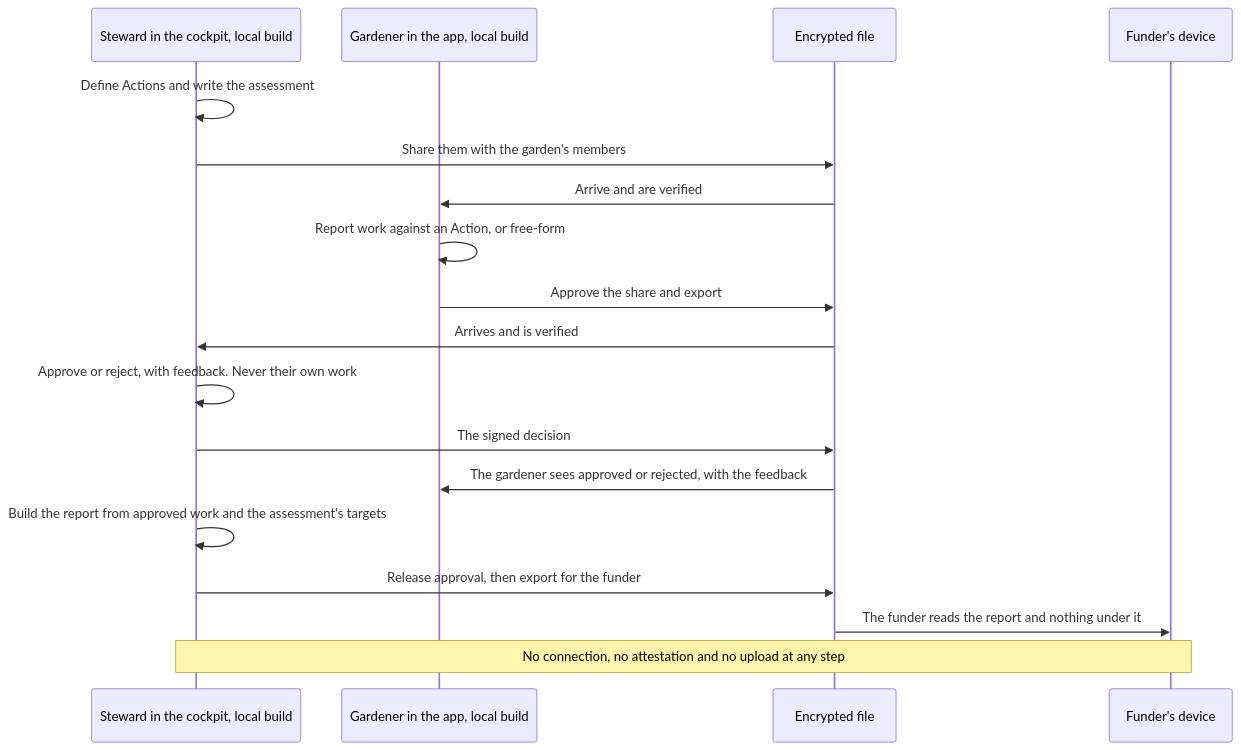
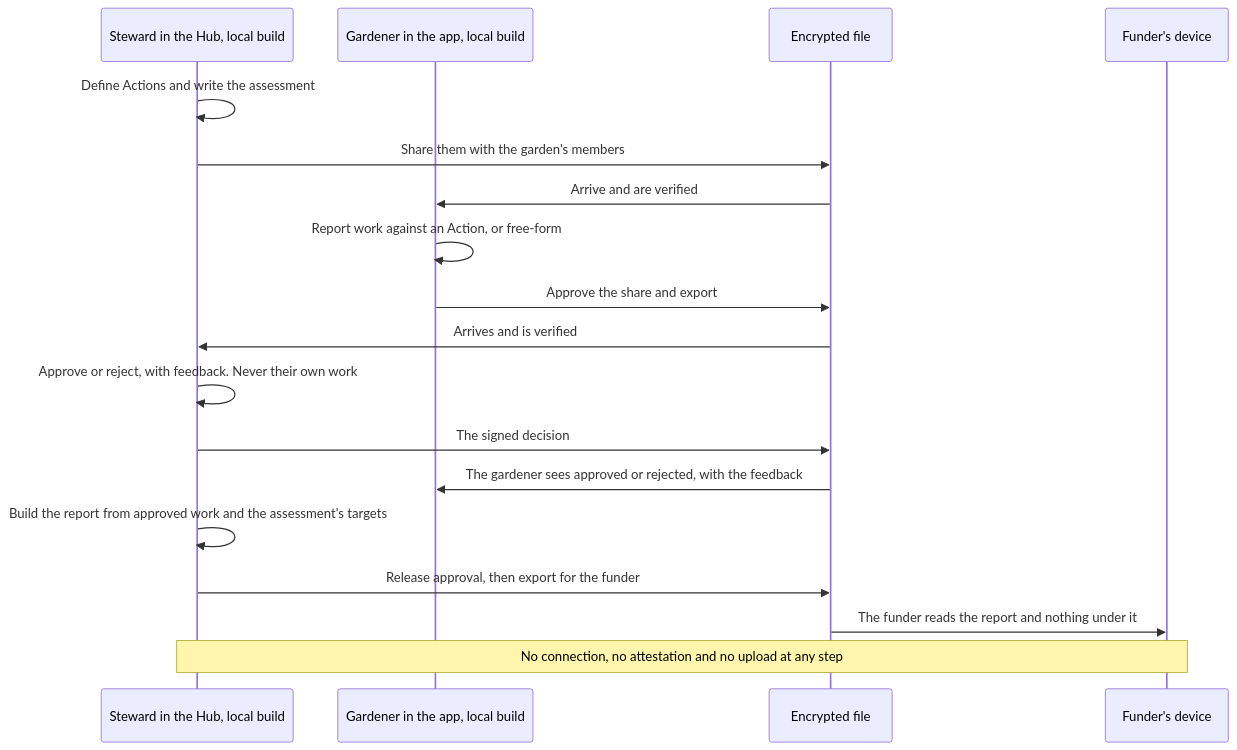
Before and after one commit to greenpill-dev-guild/green-goods: the eighth of 18 diagrams in .plans/ideas/grove/architecture-flows.md, drawn with Mermaid. The commit also changed other lines of this file and 10 other files, not shown here.

First line of the commit message:
docs(plans): name the local steward surface Green Goods Hub

````diff
--- a/.plans/ideas/grove/architecture-flows.md
+++ b/.plans/ideas/grove/architecture-flows.md
@@ -183,20 +183,20 @@
 ```mermaid
 sequenceDiagram
-  participant S as Steward in the cockpit, local build
+  participant S as Steward in the Hub, local build
   participant G as Gardener in the app, local build
   participant F as Encrypted file
   participant P as Funder's device
   S->>S: Define Actions and write the assessment
   S->>F: Share them with the garden's members
   F->>G: Arrive and are verified
   G->>G: Report work against an Action, or free-form
   G->>F: Approve the share and export
   F->>S: Arrives and is verified
   S->>S: Approve or reject, with feedback. Never their own work
   S->>F: The signed decision
   F->>G: The gardener sees approved or rejected, with the feedback
   S->>S: Build the report from approved work and the assessment's targets
   S->>F: Release approval, then export for the funder
   F->>P: The funder reads the report and nothing under it
   Note over S,P: No connection, no attestation and no upload at any step
 ```
````
